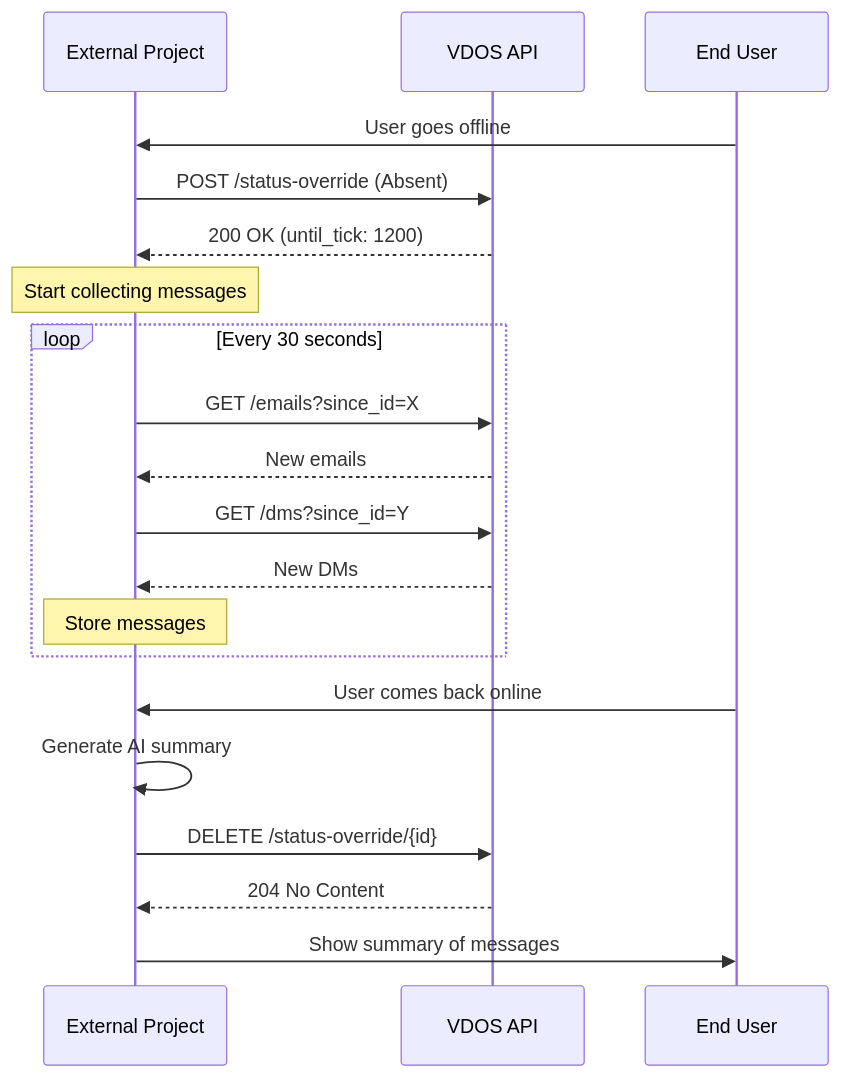
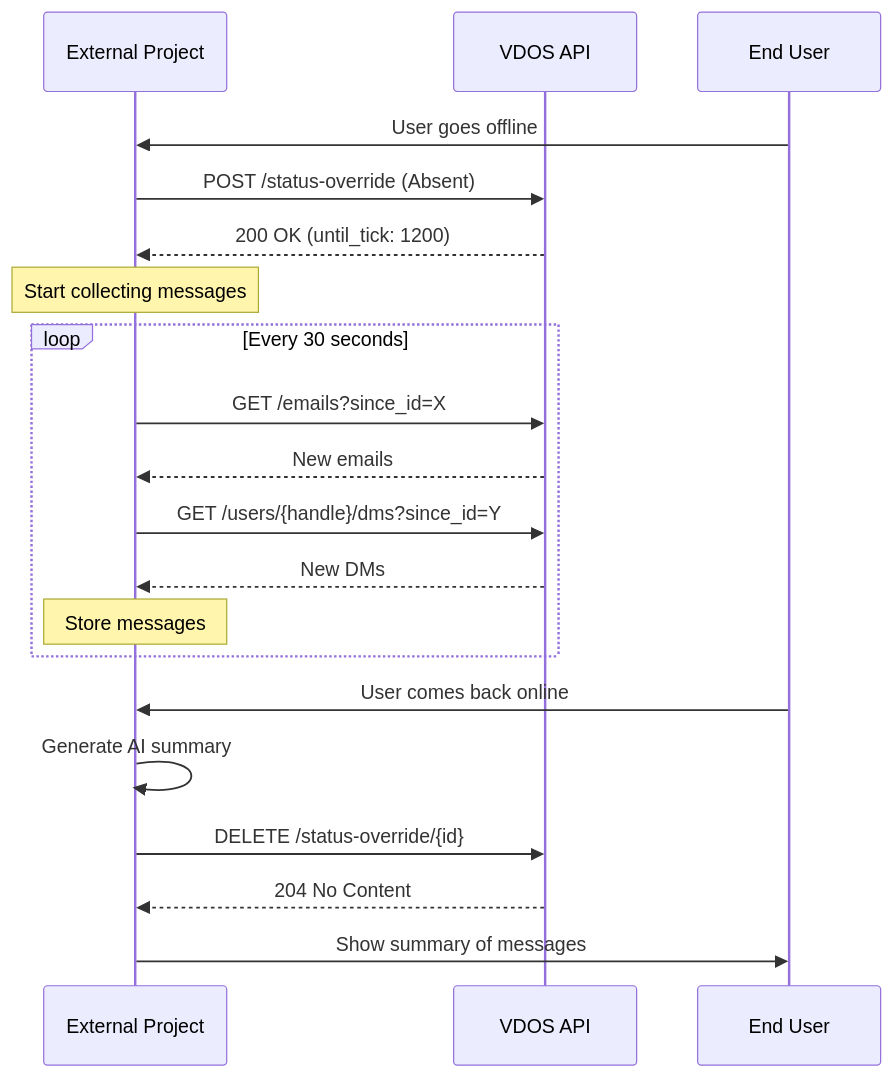
Before and after one commit to Nemit0/virtualoffice: the diagram in docs/EXTERNAL_INTEGRATION_GUIDE.md, drawn with Mermaid. The commit also changed other lines of this file and 8 other files, not shown here.

````diff
--- a/docs/EXTERNAL_INTEGRATION_GUIDE.md
+++ b/docs/EXTERNAL_INTEGRATION_GUIDE.md
@@ -263,26 +263,26 @@
 ```mermaid
 sequenceDiagram
     participant External as External Project
     participant VDOS as VDOS API
     participant User as End User
 
     User->>External: User goes offline
     External->>VDOS: POST /status-override (Absent)
     VDOS-->>External: 200 OK (until_tick: 1200)
 
     Note over External: Start collecting messages
 
     loop Every 30 seconds
         External->>VDOS: GET /emails?since_id=X
         VDOS-->>External: New emails
-        External->>VDOS: GET /dms?since_id=Y
+        External->>VDOS: GET /users/{handle}/dms?since_id=Y
         VDOS-->>External: New DMs
         Note over External: Store messages
     end
 
     User->>External: User comes back online
     External->>External: Generate AI summary
     External->>VDOS: DELETE /status-override/{id}
     VDOS-->>External: 204 No Content
     External->>User: Show summary of messages
 ```
````
